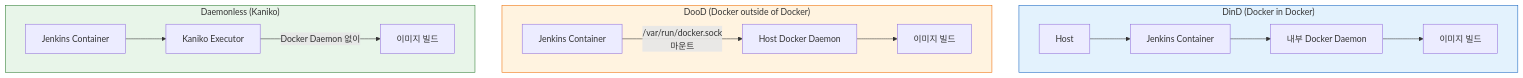
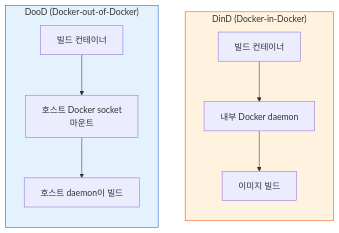
The first of 2 diagrams in write/07_devops/02_Jenkins/03_agent/01-03.컨테이너 이미지 빌드.md (scofe97/StduyWrite), drawn with Mermaid before and after one commit. The commit also changed other lines of this file and 8 other files, not shown here.

````diff
--- a/write/07_devops/02_Jenkins/03_agent/01-03.컨테이너 이미지 빌드.md
+++ b/write/07_devops/02_Jenkins/03_agent/01-03.컨테이너 이미지 빌드.md
@@ -28,21 +35,19 @@
 ```mermaid
 flowchart TB
-    subgraph DinD["DinD (Docker in Docker)"]
-        H1["Host"] --> D1["Jenkins Container"]
-        D1 --> D1a["내부 Docker Daemon"]
-        D1a --> I1["이미지 빌드"]
+    subgraph DinD["DinD (Docker-in-Docker)"]
+        direction TB
+        D1["빌드 컨테이너"]
+        D2["내부 Docker daemon"]
+        D1 --> D2
+        D2 --> D3["이미지 빌드"]
     end
-    subgraph DooD["DooD (Docker outside of Docker)"]
-        H2["Host Docker Daemon"]
-        D2["Jenkins Container"] -->|"/var/run/docker.sock<br/>마운트"| H2
-        H2 --> I2["이미지 빌드"]
+    subgraph DooD["DooD (Docker-out-of-Docker)"]
+        direction TB
+        O1["빌드 컨테이너"]
+        O2["호스트 Docker socket<br/>마운트"]
+        O1 --> O2
+        O2 --> O3["호스트 daemon이 빌드"]
     end
-    subgraph Daemonless["Daemonless (Kaniko)"]
-        D3["Jenkins Container"]
-        D3 --> K["Kaniko Executor"]
-        K -->|"Docker Daemon 없이"| I3["이미지 빌드"]
-    end
-    style DinD fill:#e3f2fd,stroke:#1565c0,color:#333
-    style DooD fill:#fff3e0,stroke:#ef6c00,color:#333
-    style Daemonless fill:#e8f5e9,stroke:#2e7d32,color:#333
+    style DinD fill:#fff3e0,stroke:#e65100,color:#333
+    style DooD fill:#e3f2fd,stroke:#1565c0,color:#333
 ```
````
